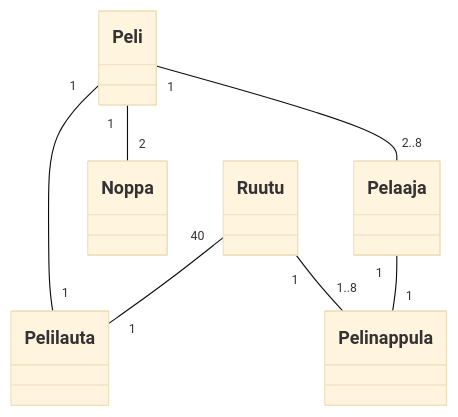
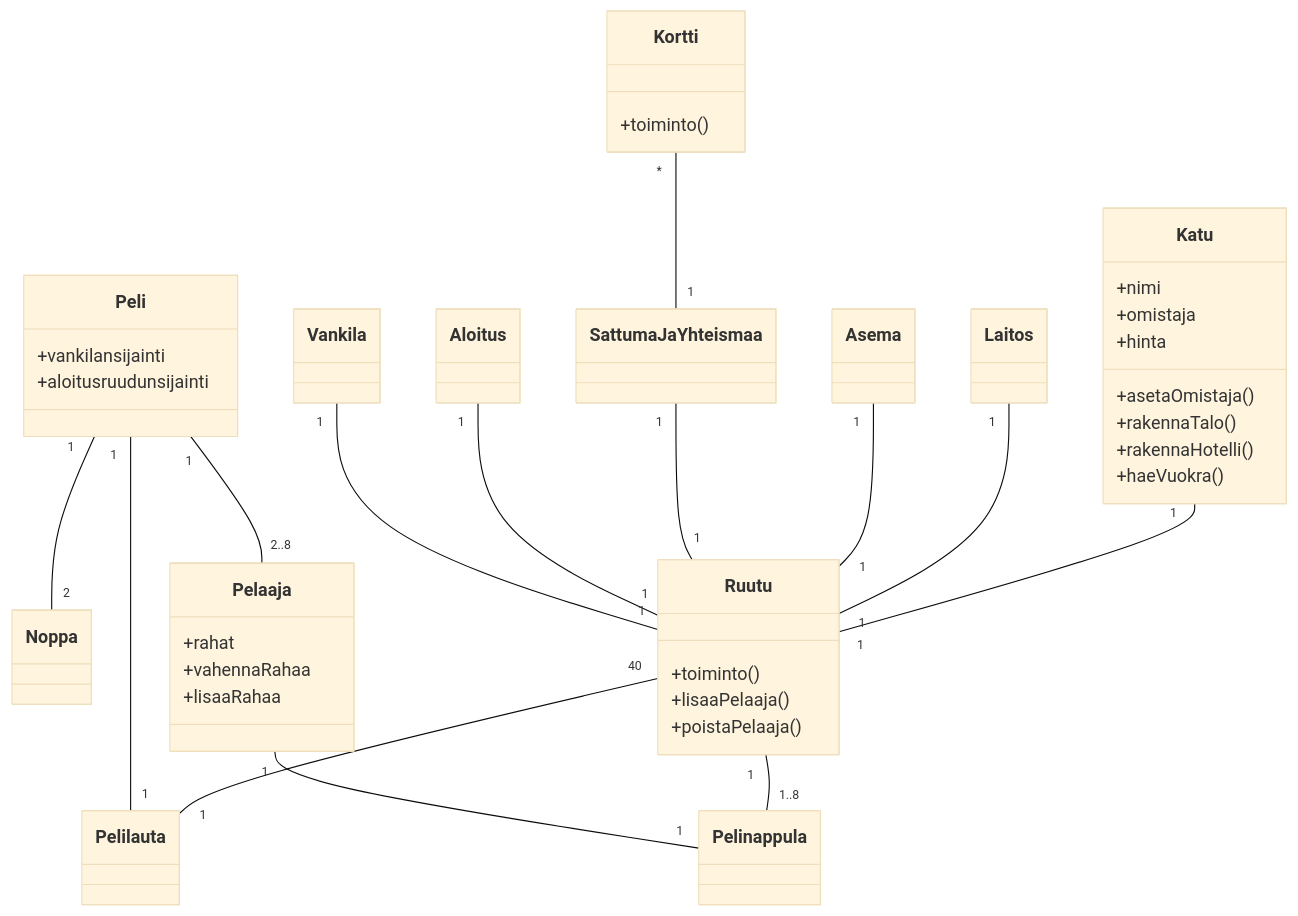
Before and after one commit to JuhoPaananen/ot-harjoitustyo: the diagram in laskarit/viikko3/luokkakaavio.md, drawn with Mermaid (base theme).

````diff
--- a/laskarit/viikko3/luokkakaavio.md
+++ b/laskarit/viikko3/luokkakaavio.md
@@ -1,10 +1,43 @@
 ```mermaid
 classDiagram
 	Peli "1" -- "1" Pelilauta
 	Peli "1" -- "2" Noppa
 	Peli "1" -- "2..8" Pelaaja
 	Ruutu "40" -- "1" Pelilauta
+	Vankila "1" -- "1" Ruutu
+	Aloitus "1" -- "1" Ruutu
+	SattumaJaYhteismaa "1" -- "1" Ruutu
+	Asema "1" -- "1" Ruutu
+	Laitos "1" -- "1" Ruutu
+	Katu "1" -- "1" Ruutu
+	Kortti "*" -- "1" SattumaJaYhteismaa
 	Pelaaja "1" -- "1" Pelinappula
 	Ruutu "1" -- "1..8" Pelinappula
-
+	class Ruutu {
+		+toiminto()
+		+lisaaPelaaja()
+		+poistaPelaaja()
+	}
+	class Katu {
+		+nimi
+		+omistaja
+		+hinta
+		+asetaOmistaja()
+		+rakennaTalo()
+		+rakennaHotelli()
+		+haeVuokra()
+		
+	}
+	class Peli {
+		+vankilansijainti
+		+aloitusruudunsijainti
+	}
+	class Kortti {
+		+toiminto()
+	}
+	class Pelaaja {
+		+rahat
+		+vahennaRahaa
+		+lisaaRahaa
+	}
 ```
````
